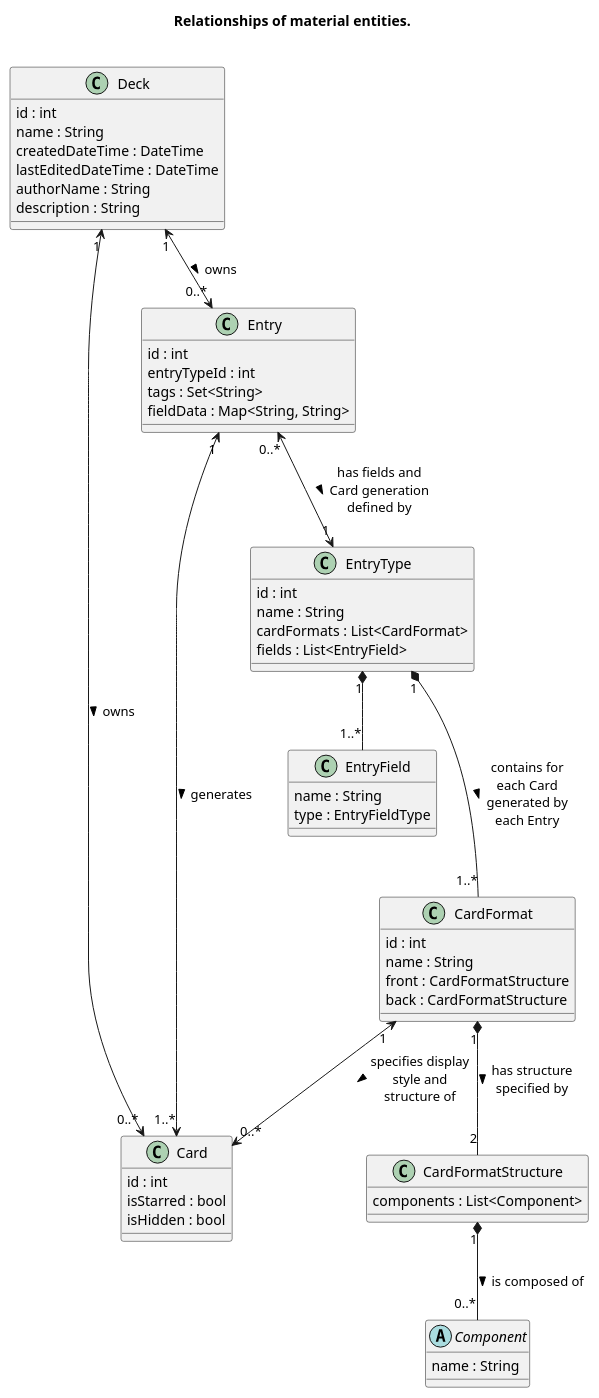
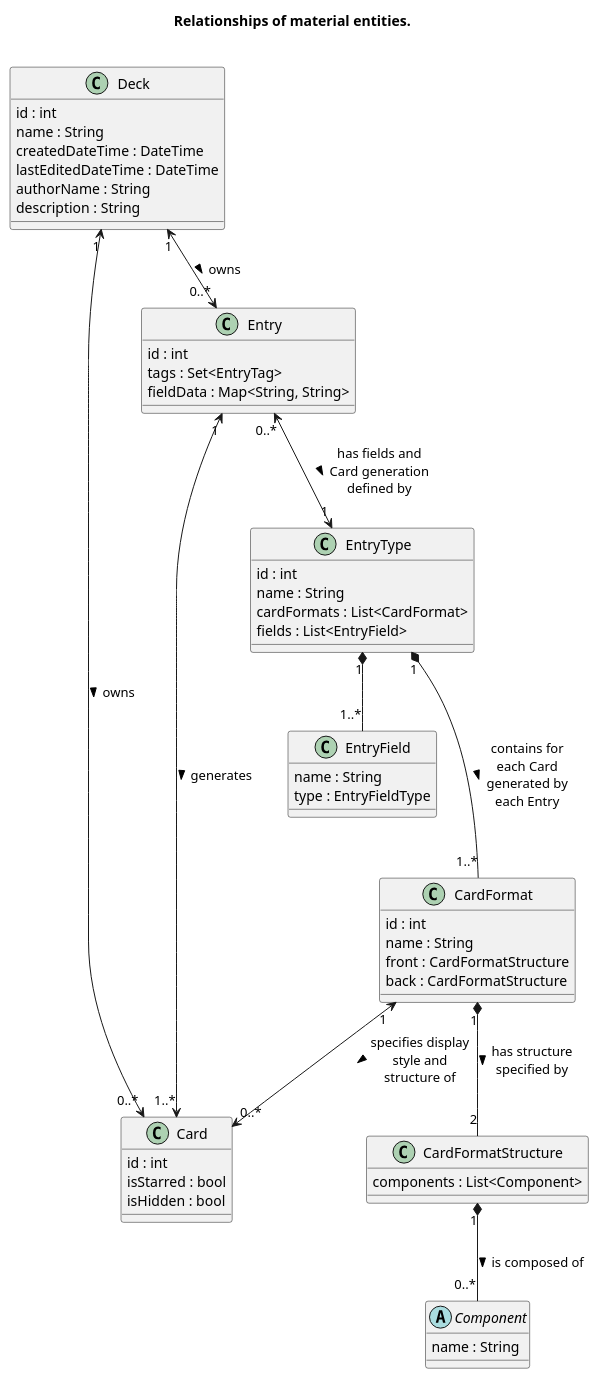
The diagram in puml/material_entities.puml (cervonwong/sona-flutter), drawn with PlantUML before and after one commit.

Commit message:
Docs(puml): Update to reflect current field refactors

```diff
--- a/puml/material_entities.puml
+++ b/puml/material_entities.puml
@@ -1,62 +1,61 @@
 @startuml
 
 skinparam maxMessageSize 100
 skinparam shadowing false
 
 title Relationships of material entities.\n
 
 class Card {
 	id : int
 	isStarred : bool
 	isHidden : bool
 }
 class Entry {
 	id : int
-	entryTypeId : int
-	tags : Set<String>
+	tags : Set<EntryTag>
 	fieldData : Map<String, String>
 }
 class Deck {
 	id : int
 	name : String
 	createdDateTime : DateTime
 	lastEditedDateTime : DateTime
 	authorName : String
 	description : String
 }
 
 Deck "1" <--> "0..*" Entry : owns >
 Entry "1" <--> "1..*" Card : generates >
 Deck "1" <--> "0..*" Card : owns >
 
 class EntryType {
 	id : int
 	name : String
 	cardFormats : List<CardFormat>
 	fields : List<EntryField>
 }
 class EntryField {
 	name : String
 	type : EntryFieldType
 }
 class CardFormat {
 	id : int
 	name : String
 	front : CardFormatStructure
 	back : CardFormatStructure
 }
 class CardFormatStructure {
 	components : List<Component>
 }
 abstract class Component {
 	name : String
 }
 
 Entry "0..*" <--> "1" EntryType : has fields and Card generation defined by >
 EntryType "1" *--- "1..*" CardFormat : contains for each Card generated by each Entry >
 CardFormat "1" <--> "0..*" Card : specifies display style and structure of >
 EntryType "1" *-- "1..*" EntryField
 CardFormat "1" *-- "2" CardFormatStructure : has structure specified by >
 CardFormatStructure "1" *-- "0..*" Component : is composed of >
 
 @enduml
```
